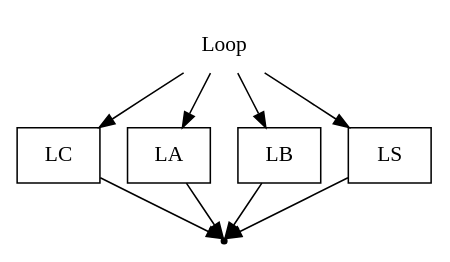
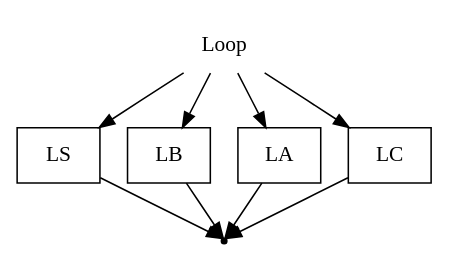
One commit to EgorGoluzin/DSL changed the diagram in DSLTools/examples/PSECO_NEW/wirth/Loop.gv. Above: the diagram before and after it, drawn with Graphviz. The commit also changed 41 other files, not shown here.

```diff
--- a/DSLTools/examples/PSECO_NEW/wirth/Loop.gv
+++ b/DSLTools/examples/PSECO_NEW/wirth/Loop.gv
@@ -1,14 +1,16 @@
 digraph Loop {
   start [label="Loop" shape=plaintext];
+  A [label="LS" shape=box];
+  B [label="LB" shape=box];
+  C [label="LA" shape=box];
+  D [label="LC" shape=box];
   end [label="" shape=point];
-
-  LC [label="LC" shape=box];
-  LA [label="LA" shape=box];
-  LB [label="LB" shape=box];
-  LS [label="LS" shape=box];
-
-  start -> LC; LC -> end;
-  start -> LA; LA -> end;
-  start -> LB; LB -> end;
-  start -> LS; LS -> end;
+  start -> D;
+  start -> C;
+  start -> B;
+  start -> A;
+  A -> end;
+  B -> end;
+  C -> end;
+  D -> end;
 }
```
